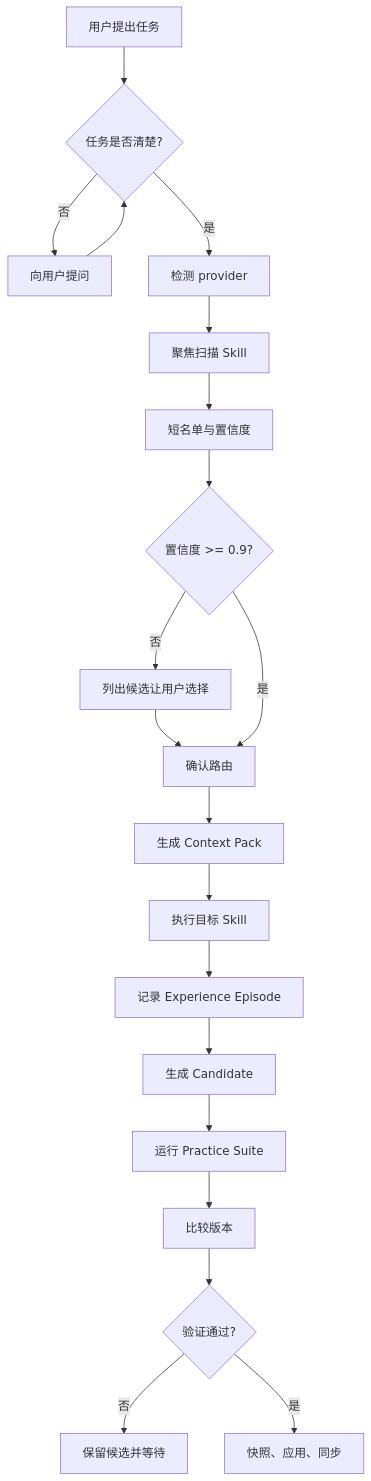
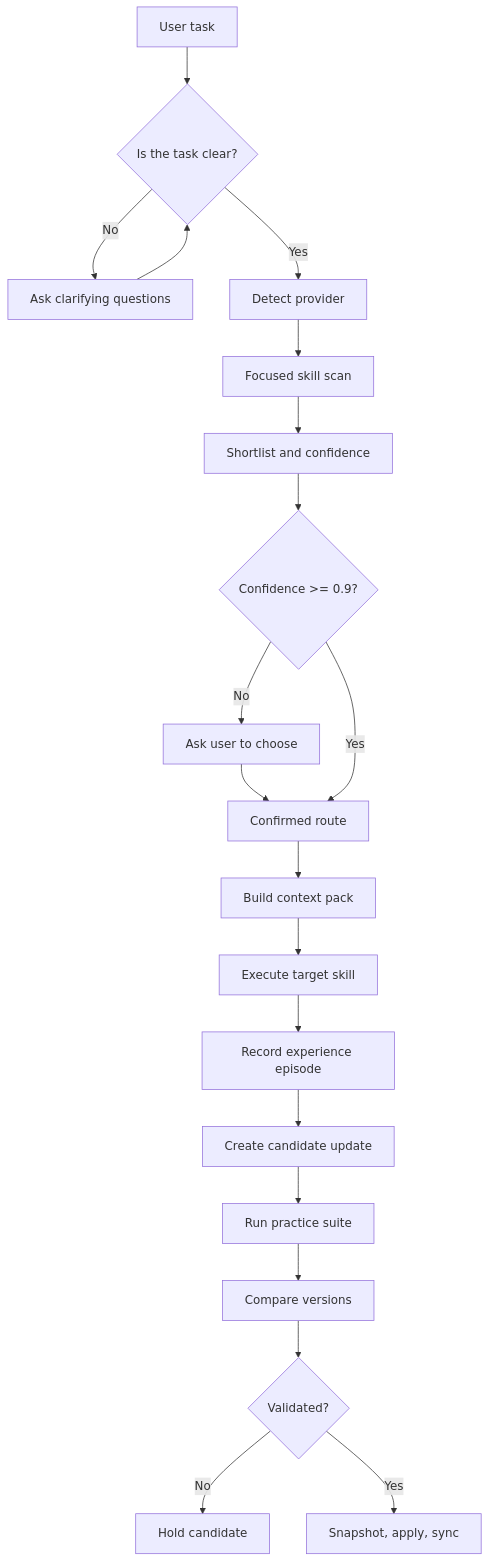
The diagram in README.md (qiusheng182/skill-router), drawn with Mermaid before and after one commit. The commit also changed other lines of this file and 2 other files, not shown here.

````diff
--- a/README.md
+++ b/README.md
@@ -185,22 +173,22 @@
 ```mermaid
 flowchart TD
-    A[用户提出任务] --> B{任务是否清楚?}
-    B -- 否 --> C[向用户提问]
+    A[User task] --> B{Is the task clear?}
+    B -- No --> C[Ask clarifying questions]
     C --> B
-    B -- 是 --> D[检测 provider]
-    D --> E[聚焦扫描 Skill]
-    E --> F[短名单与置信度]
-    F --> G{置信度 >= 0.9?}
-    G -- 否 --> H[列出候选让用户选择]
-    H --> I[确认路由]
-    G -- 是 --> I
-    I --> J[生成 Context Pack]
-    J --> K[执行目标 Skill]
-    K --> L[记录 Experience Episode]
-    L --> M[生成 Candidate]
-    M --> N[运行 Practice Suite]
-    N --> O[比较版本]
-    O --> P{验证通过?}
-    P -- 否 --> Q[保留候选并等待]
-    P -- 是 --> R[快照、应用、同步]
+    B -- Yes --> D[Detect provider]
+    D --> E[Focused skill scan]
+    E --> F[Shortlist and confidence]
+    F --> G{Confidence >= 0.9?}
+    G -- No --> H[Ask user to choose]
+    H --> I[Confirmed route]
+    G -- Yes --> I
+    I --> J[Build context pack]
+    J --> K[Execute target skill]
+    K --> L[Record experience episode]
+    L --> M[Create candidate update]
+    M --> N[Run practice suite]
+    N --> O[Compare versions]
+    O --> P{Validated?}
+    P -- No --> Q[Hold candidate]
+    P -- Yes --> R[Snapshot, apply, sync]
 ```
````
